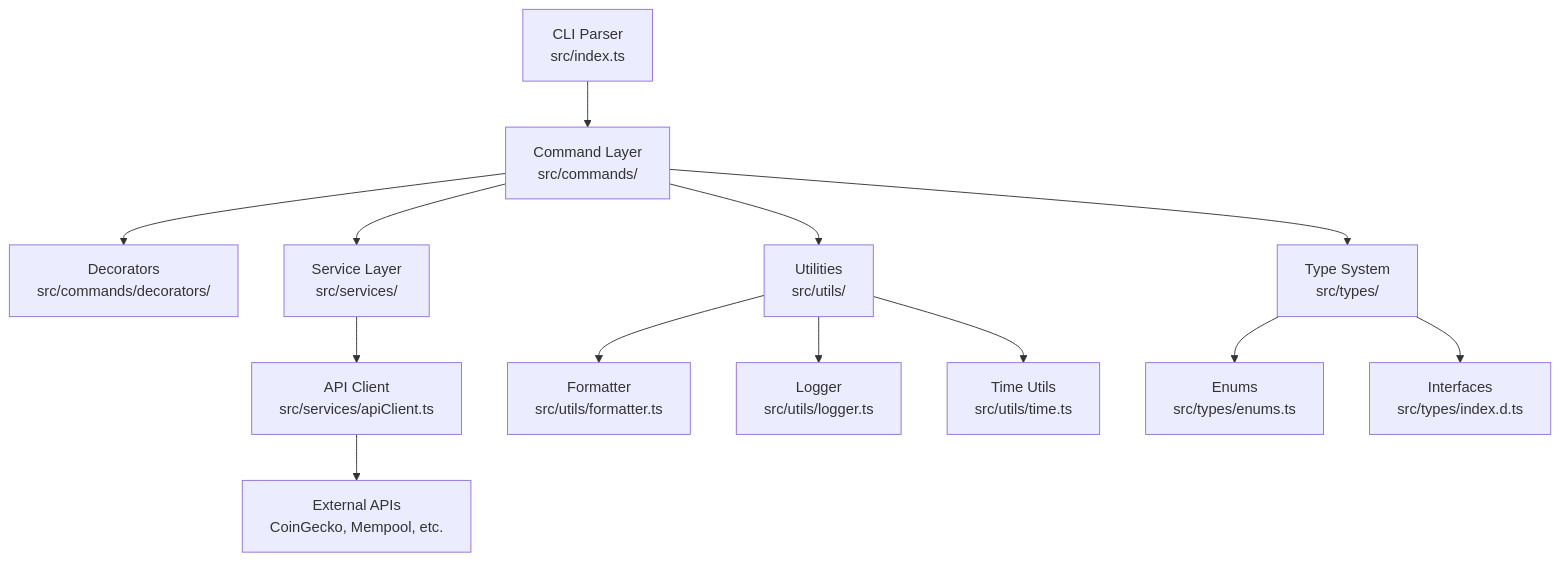
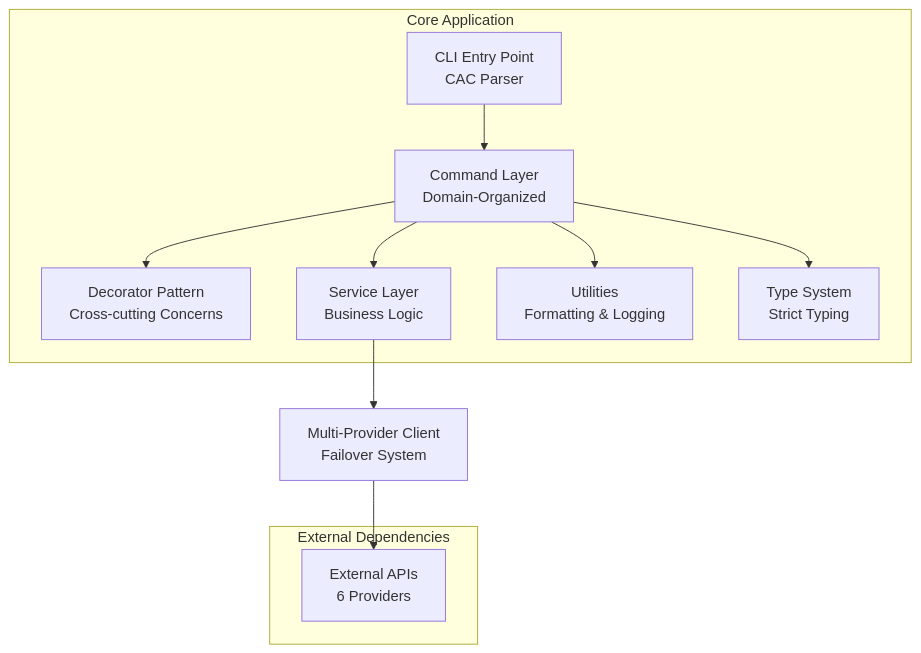
The first of 3 diagrams in docs/architecture.md (Medamine-creator/ChainChirp), drawn with Mermaid before and after one commit. The commit also changed other lines of this file and 15 other files, not shown here.

````diff
--- a/docs/architecture.md
+++ b/docs/architecture.md
@@ -9,17 +9,24 @@
 ```mermaid
 graph TB
-    CLI[CLI Parser<br/>src/index.ts] --> Commands[Command Layer<br/>src/commands/]
-    Commands --> Decorators[Decorators<br/>src/commands/decorators/]
-    Commands --> Services[Service Layer<br/>src/services/]
-    Services --> API[API Client<br/>src/services/apiClient.ts]
-    API --> Providers[External APIs<br/>CoinGecko, Mempool, etc.]
+    CLI[CLI Entry Point<br/>CAC Parser] --> Commands[Command Layer<br/>Domain-Organized]
+    Commands --> Decorators[Decorator Pattern<br/>Cross-cutting Concerns]
+    Commands --> Services[Service Layer<br/>Business Logic]
+    Services --> API[Multi-Provider Client<br/>Failover System]
+    API --> Providers[External APIs<br/>6 Providers]
     
-    Commands --> Utils[Utilities<br/>src/utils/]
-    Utils --> Formatter[Formatter<br/>src/utils/formatter.ts]
-    Utils --> Logger[Logger<br/>src/utils/logger.ts]
-    Utils --> Time[Time Utils<br/>src/utils/time.ts]
+    Commands --> Utils[Utilities<br/>Formatting & Logging]
+    Commands --> Types[Type System<br/>Strict Typing]
     
-    Commands --> Types[Type System<br/>src/types/]
-    Types --> Enums[Enums<br/>src/types/enums.ts]
-    Types --> Interfaces[Interfaces<br/>src/types/index.d.ts]
+    subgraph "External Dependencies"
+        Providers
+    end
+    
+    subgraph "Core Application"
+        CLI
+        Commands
+        Decorators
+        Services
+        Utils
+        Types
+    end
 ```
````
